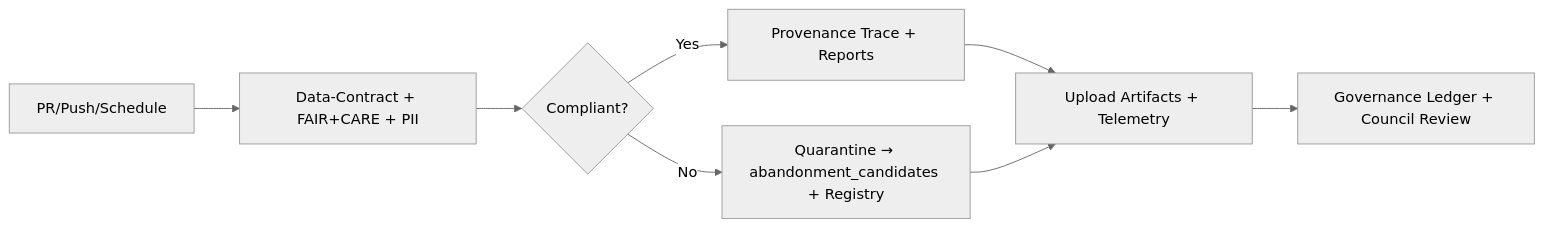
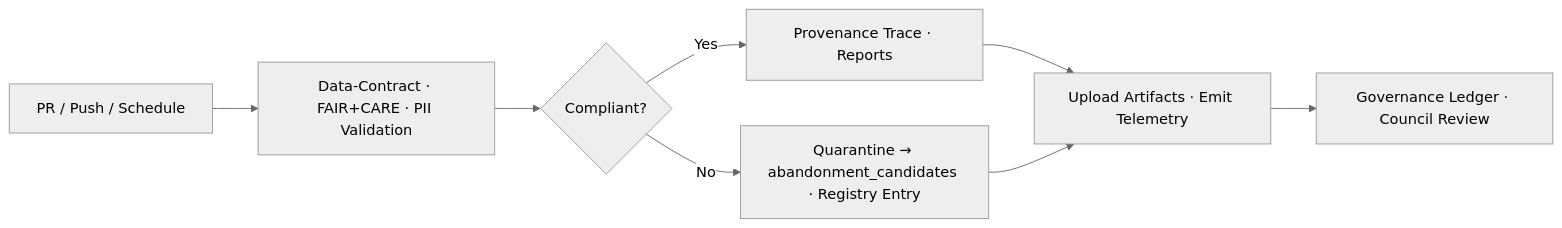
One commit to bartytime4life/Kansas-Frontier-Matrix changed the diagram in docs/workflows/faircare-validate.yml.md. Above: the diagram before and after it, drawn with Mermaid (neutral theme). The commit also changed other lines of this file, not shown here.

````diff
--- a/docs/workflows/faircare-validate.yml.md
+++ b/docs/workflows/faircare-validate.yml.md
@@ -222,10 +306,10 @@
-```mermaid
+~~~mermaid
 flowchart LR
-  A["PR/Push/Schedule"] --> B["Data-Contract + FAIR+CARE + PII"]
-  B --> C{"Compliant?"}
-  C -->|Yes| D["Provenance Trace + Reports"]
-  C -->|No| E["Quarantine → abandonment_candidates + Registry"]
-  D --> F["Upload Artifacts + Telemetry"]
-  E --> F
-  F --> G["Governance Ledger + Council Review"]
-```
+    A["PR / Push / Schedule"] --> B["Data-Contract · FAIR+CARE · PII Validation"]
+    B --> C{"Compliant?"}
+    C -->|Yes| D["Provenance Trace · Reports"]
+    C -->|No| E["Quarantine → abandonment_candidates · Registry Entry"]
+    D --> F["Upload Artifacts · Emit Telemetry"]
+    E --> F
+    F --> G["Governance Ledger · Council Review"]
+~~~
````
